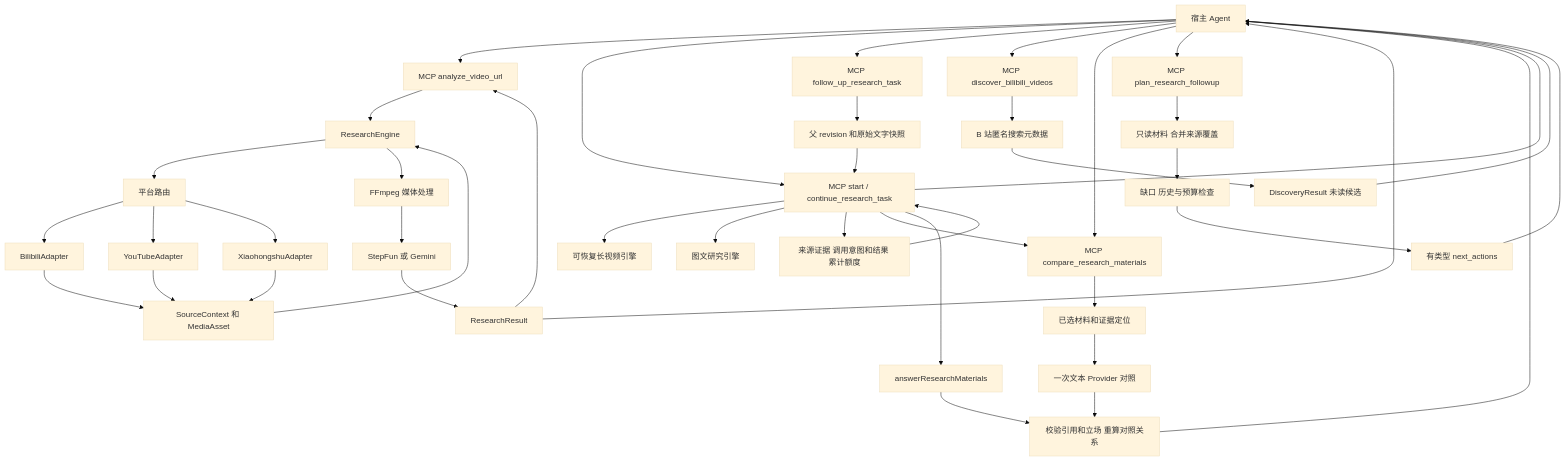
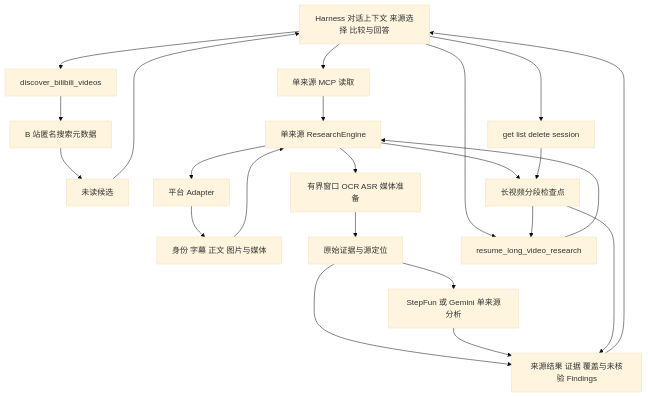
Before and after one commit to 7oMB2006/Catalyst: the diagram in docs/architecture.md, drawn with Mermaid (base theme). The commit also changed other lines of this file and 18 other files, not shown here.

````diff
--- a/docs/architecture.md
+++ b/docs/architecture.md
@@ -27,44 +17,25 @@
 ```mermaid
 flowchart TD
-  Host[宿主 Agent] --> MCP[MCP analyze_video_url]
-  Host --> Task[MCP start / continue_research_task]
-  Host --> FollowUp[MCP follow_up_research_task]
-  FollowUp --> Snapshot[父 revision 和原始文字快照]
-  Snapshot --> Task
-  Task --> Long[可恢复长视频引擎]
-  Task --> Note[图文研究引擎]
-  Task --> Ledger[来源证据 调用意图和结果 累计额度]
-  Task --> Compare
-  Task --> Answer[answerResearchMaterials]
-  Answer --> Validated
-  Ledger --> Task
-  Task --> Host
-  Host --> Discovery[MCP discover_bilibili_videos]
+  Host[Harness 对话上下文 来源选择 比较与回答] --> Read[单来源 MCP 读取]
+  Host --> Discovery[discover_bilibili_videos]
   Discovery --> Search[B 站匿名搜索元数据]
-  Search --> Candidates[DiscoveryResult 未读候选]
+  Search --> Candidates[未读候选]
   Candidates --> Host
-  MCP --> Engine[ResearchEngine]
-  Engine --> Route[平台路由]
-  Route --> Bili[BilibiliAdapter]
-  Route --> YT[YouTubeAdapter]
-  Route --> XHS[XiaohongshuAdapter]
-  Bili --> Source[SourceContext 和 MediaAsset]
-  YT --> Source
-  XHS --> Source
+  Read --> Engine[单来源 ResearchEngine]
+  Engine --> Adapter[平台 Adapter]
+  Adapter --> Source[身份 字幕 正文 图片与媒体]
   Source --> Engine
-  Engine --> Transform[FFmpeg 媒体处理]
-  Transform --> Provider[StepFun 或 Gemini]
-  Provider --> Result[ResearchResult]
-  Result --> MCP
-  Host --> Compare[MCP compare_research_materials]
-  Result --> Host
-  Compare --> Prepared[已选材料和证据定位]
-  Prepared --> TextProvider[一次文本 Provider 对照]
-  TextProvider --> Validated[校验引用和立场 重算对照关系]
-  Validated --> Host
-  Host --> Plan[MCP plan_research_followup]
-  Plan --> Coverage[只读材料 合并来源覆盖]
-  Coverage --> Bounded[缺口 历史与预算检查]
-  Bounded --> Actions[有类型 next_actions]
-  Actions --> Host
+  Engine --> Prepare[有界窗口 OCR ASR 媒体准备]
+  Prepare --> Raw[原始证据与源定位]
+  Raw --> Provider[StepFun 或 Gemini 单来源分析]
+  Raw --> Evidence[来源结果 证据 覆盖与未核验 Findings]
+  Provider --> Evidence
+  Evidence --> Host
+  Engine --> Checkpoint[长视频分段检查点]
+  Host --> Session[get list delete session]
+  Session --> Checkpoint
+  Checkpoint --> Evidence
+  Host --> Resume[resume_long_video_research]
+  Checkpoint --> Resume
+  Resume --> Engine
 ```
````
